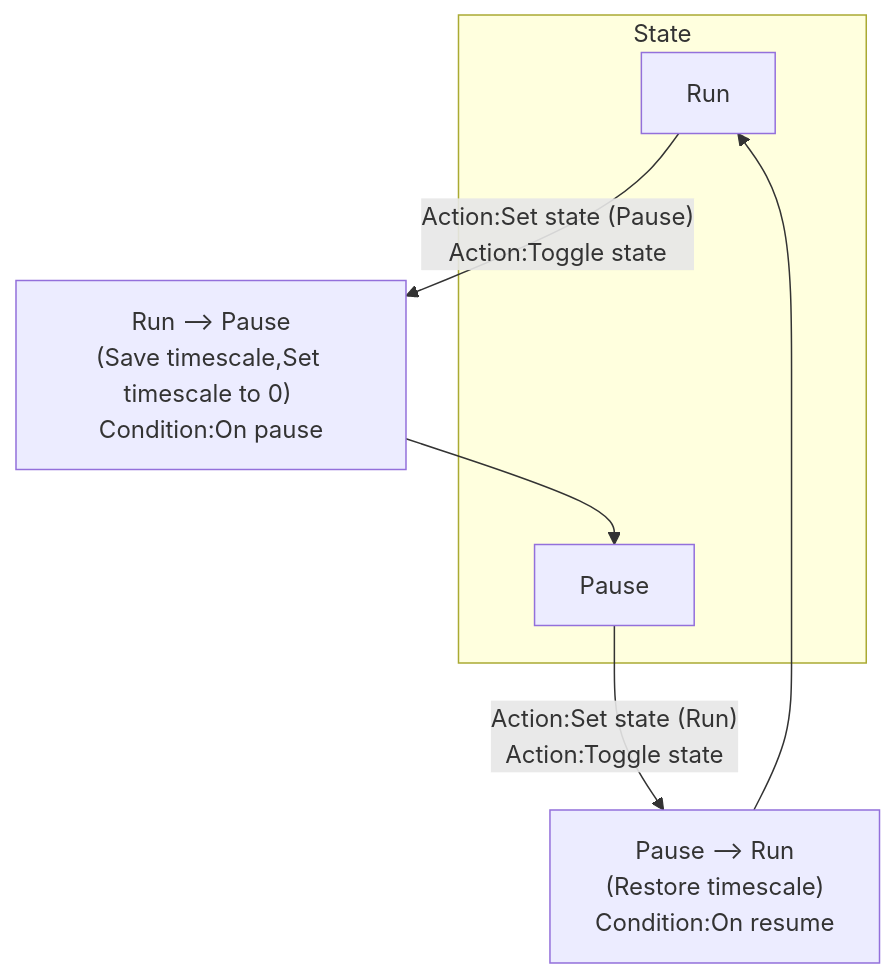
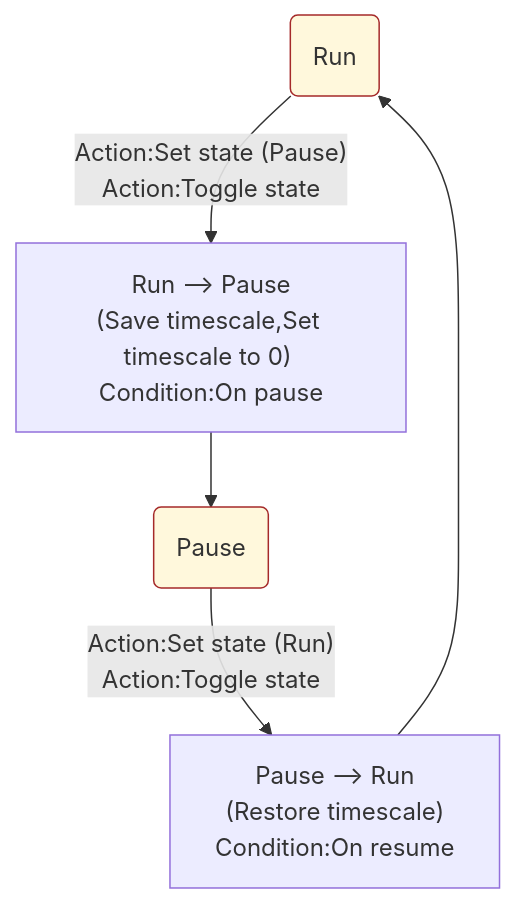
The diagram in plugins.md/src/docs/rex_pause.md (Jayed2016/C3RexDoc), drawn with Mermaid before and after one commit. The commit also changed 1 other file, not shown here.

````diff
--- a/plugins.md/src/docs/rex_pause.md
+++ b/plugins.md/src/docs/rex_pause.md
@@ -17,16 +17,12 @@
 ```mermaid
 graph TB
 
-StateRun["Run"] --> |"Action:Set state (Pause)<br>Action:Toggle state"| TransitionRun2Pause["Run --> Pause<br>(Save timescale,Set timescale to 0) <br>Condition:On pause"]
-TransitionRun2Pause --> StatePause["Pause"]
+StateRun("Run") --> |"Action:Set state (Pause)<br>Action:Toggle state"| TransitionRun2Pause["Run --> Pause<br>(Save timescale,Set timescale to 0) <br>Condition:On pause"]
+TransitionRun2Pause --> StatePause("Pause")
 StatePause --> |"Action:Set state (Run)<br>Action:Toggle state"| TransitionPause2Run["Pause --> Run<br>(Restore timescale)<br>Condition:On resume"]
 TransitionPause2Run --> StateRun
 
-subgraph State
-StatePause
-end
-subgraph State
-StateRun
-end
+style StateRun fill:#FFF8DC,stroke:#A52A2A
+style StatePause fill:#FFF8DC,stroke:#A52A2A
 
 ```
````
